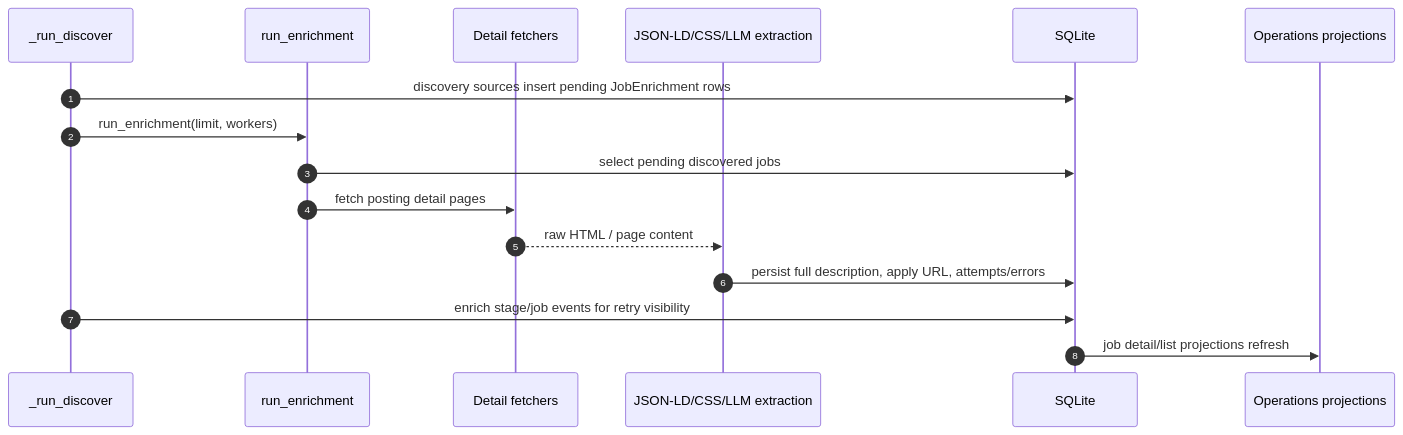
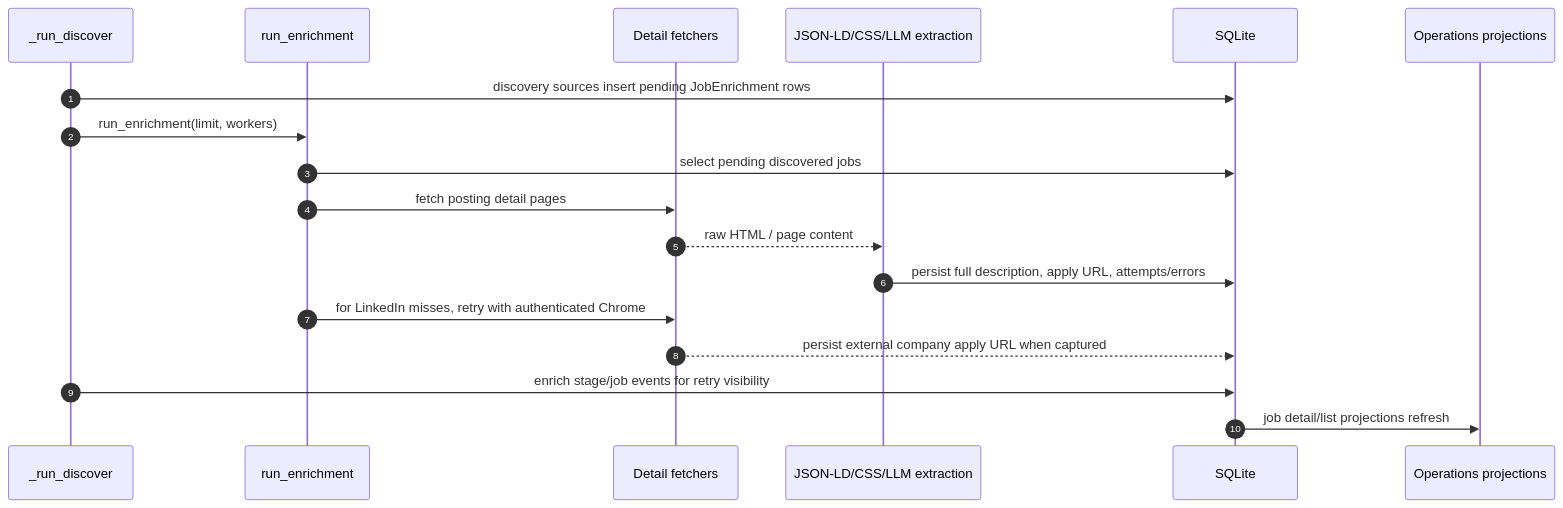
The fifth of 16 diagrams in docs/job-pipeline-architecture.md (ebarti/JobCtrl), drawn with Mermaid before and after one commit. The commit also changed other lines of this file and 6 other files, not shown here.

Commit message:
fix(enrichment): resolve linkedin apply urls with authenticated browser

````diff
--- a/docs/job-pipeline-architecture.md
+++ b/docs/job-pipeline-architecture.md
@@ -485,19 +485,21 @@
 ```mermaid
 sequenceDiagram
     autonumber
     participant Runner as _run_discover
     participant Detail as run_enrichment
     participant Fetcher as Detail fetchers
     participant Extractor as JSON-LD/CSS/LLM extraction
     participant DB as SQLite
     participant Ops as Operations projections
 
     Runner->>DB: discovery sources insert pending JobEnrichment rows
     Runner->>Detail: run_enrichment(limit, workers)
     Detail->>DB: select pending discovered jobs
     Detail->>Fetcher: fetch posting detail pages
     Fetcher-->>Extractor: raw HTML / page content
     Extractor->>DB: persist full description, apply URL, attempts/errors
+    Detail->>Fetcher: for LinkedIn misses, retry with authenticated Chrome
+    Fetcher-->>DB: persist external company apply URL when captured
     Runner->>DB: enrich stage/job events for retry visibility
     DB->>Ops: job detail/list projections refresh
 ```
````
